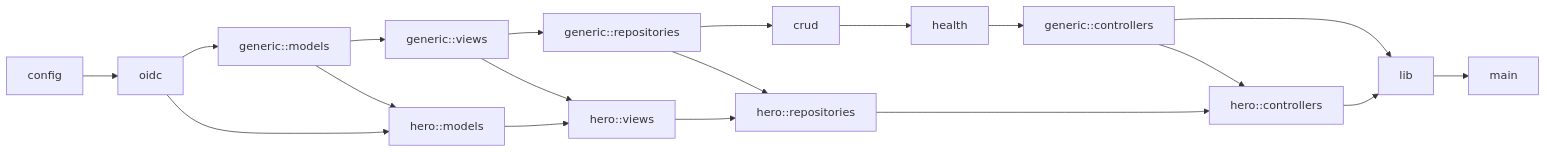
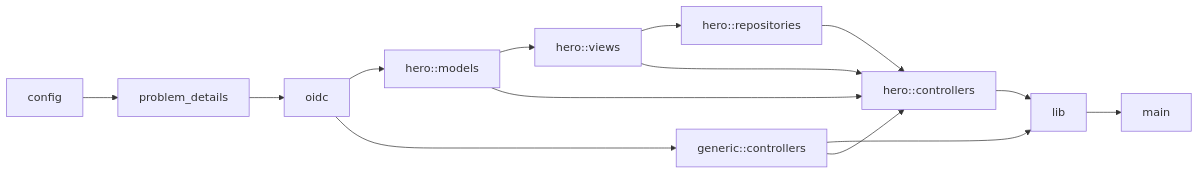
The first of 2 diagrams in src/README.md (craftainer/template-axum), drawn with Mermaid before and after one commit. The commit also changed other lines of this file and 66 other files, not shown here.

````diff
--- a/src/README.md
+++ b/src/README.md
@@ -139,12 +136,10 @@
 ```mermaid
 graph LR
-    config --> oidc --> gm[generic::models] --> gv[generic::views]
-    gv --> gr[generic::repositories] --> crud --> health
-    health --> gc[generic::controllers] --> lib --> main
-    oidc --> hm[hero::models] --> hv[hero::views]
-    gm --> hm
-    hv --> hr[hero::repositories] --> hc[hero::controllers] --> lib
-    gv --> hv
-    gr --> hr
+    config --> problem_details --> oidc
+    oidc --> hm[hero::models] --> hv[hero::views] --> hr[hero::repositories]
+    oidc --> gc[generic::controllers] --> lib --> main
+    hr --> hc[hero::controllers] --> lib
+    hv --> hc
+    hm --> hc
     gc --> hc
 ```
````
